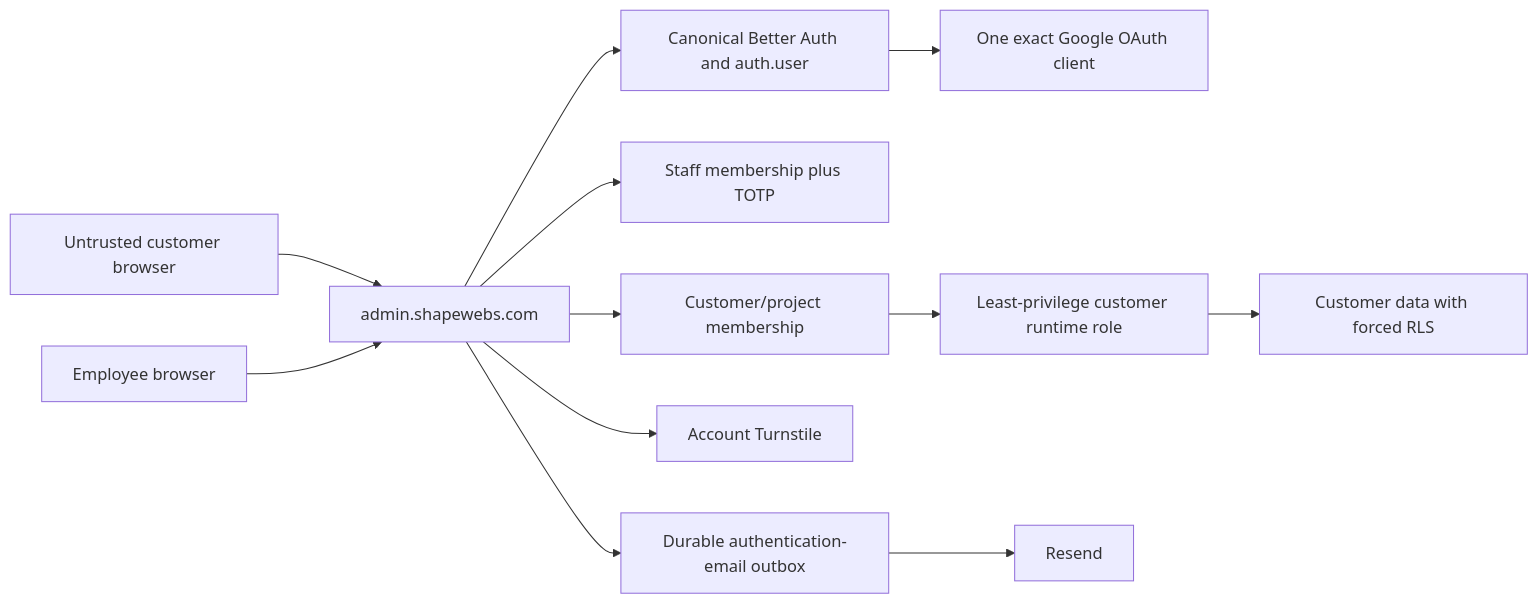
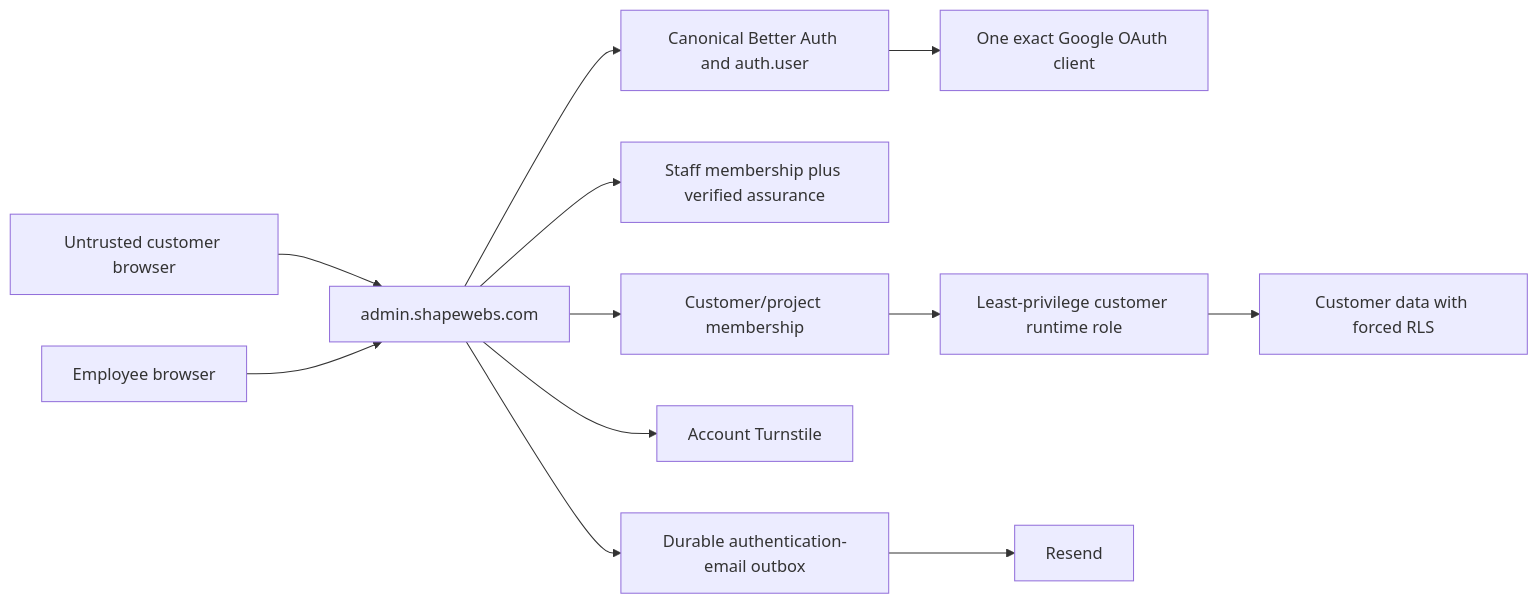
The second of 2 diagrams in docs/security/threat-model.md (shapewebs/shapewebs-platform), drawn with Mermaid before and after one commit. The commit also changed other lines of this file and 64 other files, not shown here.

````diff
--- a/docs/security/threat-model.md
+++ b/docs/security/threat-model.md
@@ -53,14 +53,14 @@
 ```mermaid
 flowchart LR
   Customer["Untrusted customer browser"] --> AccountApp["admin.shapewebs.com"]
   Employee["Employee browser"] --> AccountApp
   AccountApp --> CanonicalAuth["Canonical Better Auth and auth.user"]
   CanonicalAuth --> GoogleAccount["One exact Google OAuth client"]
-  AccountApp --> StaffAuthorization["Staff membership plus TOTP"]
+  AccountApp --> StaffAuthorization["Staff membership plus verified assurance"]
   AccountApp --> CustomerAuthorization["Customer/project membership"]
   CustomerAuthorization --> CustomerRuntime["Least-privilege customer runtime role"]
   CustomerRuntime --> CustomerData["Customer data with forced RLS"]
   AccountApp --> TurnstileCustomer["Account Turnstile"]
   AccountApp --> AuthOutbox["Durable authentication-email outbox"]
   AuthOutbox --> ResendCustomer["Resend"]
 ```
````
